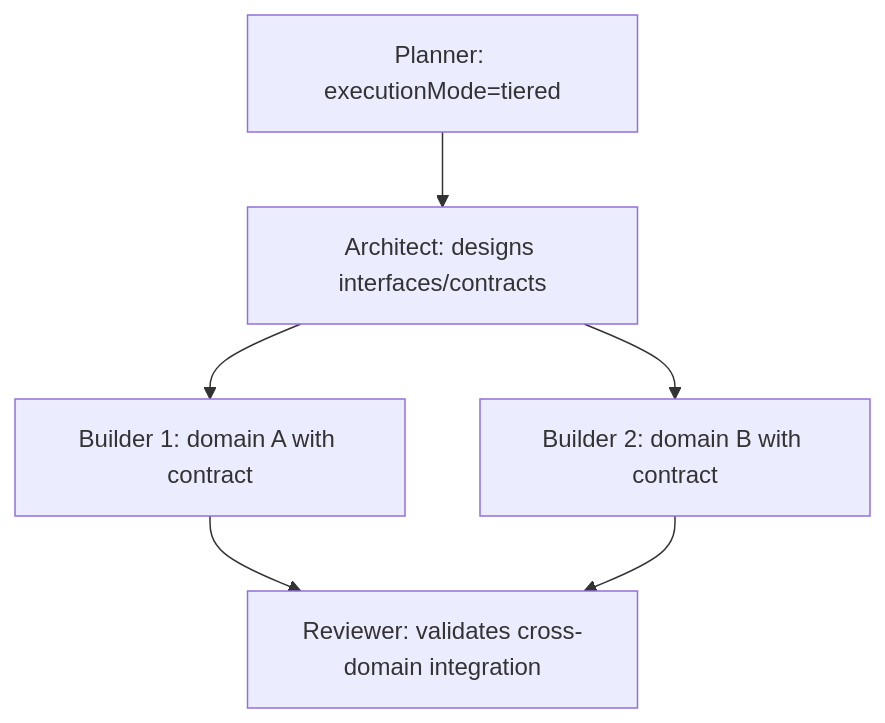
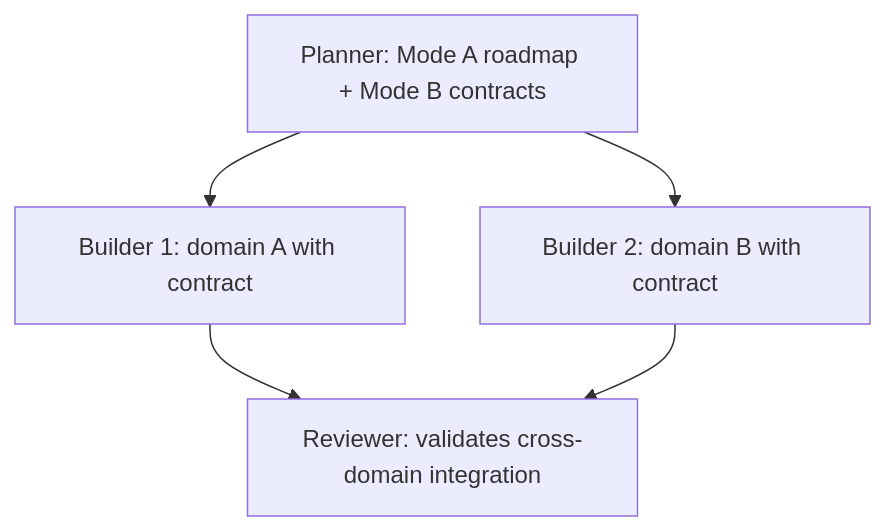
Before and after one commit to MaciWP/claude-code-poneglyph: the diagram in .claude/skills/orchestrator-protocol/references/03-complexity-routing.md, drawn with Mermaid. The commit also changed other lines of this file and 24 other files, not shown here.

First line of the commit message:
refactor(agents): consolidate architect into planner (Mode A + Mode B)

````diff
--- a/.claude/skills/orchestrator-protocol/references/03-complexity-routing.md
+++ b/.claude/skills/orchestrator-protocol/references/03-complexity-routing.md
@@ -58,7 +58,7 @@
 ```mermaid
 graph TD
-    P[Planner: executionMode=tiered] --> A[Architect: designs interfaces/contracts]
-    A --> B1[Builder 1: domain A with contract]
-    A --> B2[Builder 2: domain B with contract]
+    P[Planner: Mode A roadmap + Mode B contracts]
+    P --> B1[Builder 1: domain A with contract]
+    P --> B2[Builder 2: domain B with contract]
     B1 & B2 --> R[Reviewer: validates cross-domain integration]
 ```
````
